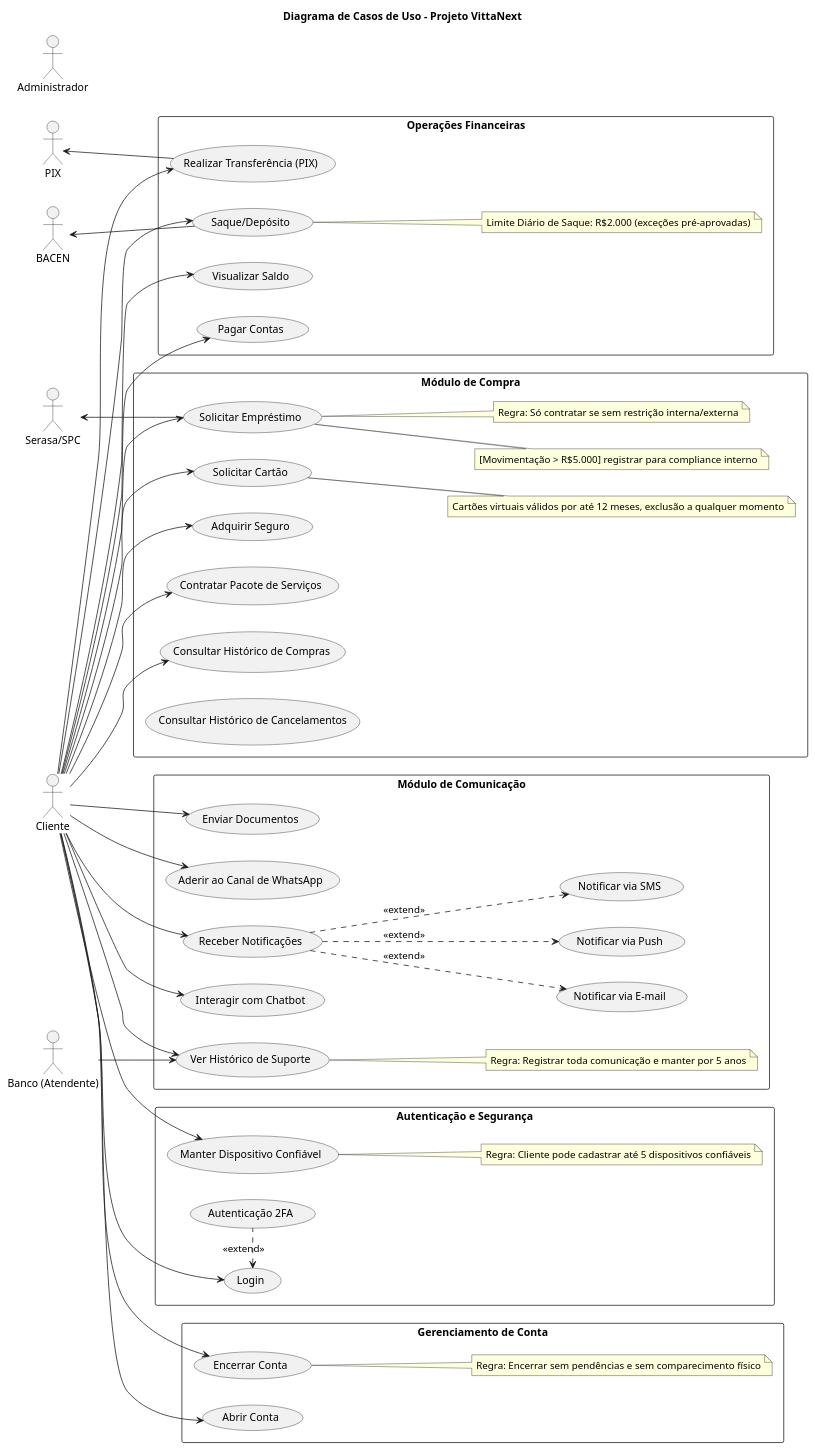
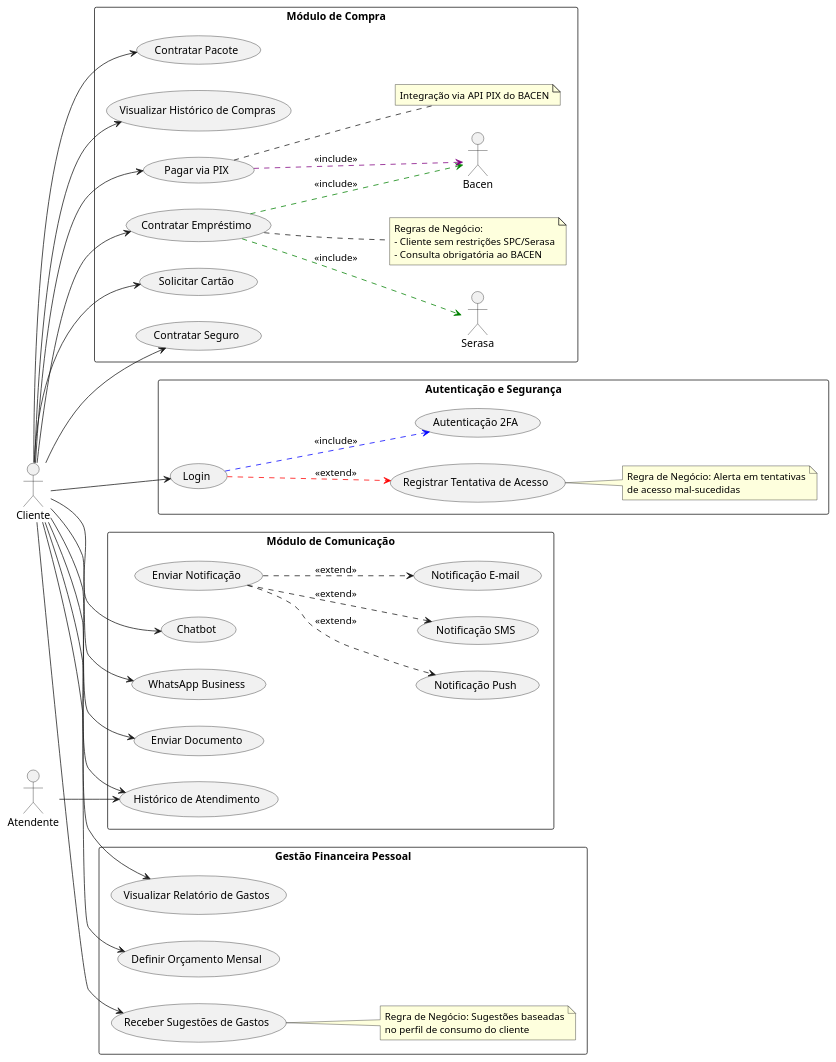
One commit to Jphn/vitta-next changed the diagram in casos-de-uso/index.puml. Above: the diagram before and after it, drawn with PlantUML.

Commit message:
atualizar casos de uso

```diff
--- a/casos-de-uso/index.puml
+++ b/casos-de-uso/index.puml
@@ -1,119 +1,92 @@
 @startuml
-title Diagrama de Casos de Uso - Projeto VittaNext
-
 left to right direction
 skinparam packageStyle rectangle
 
 actor Cliente
-actor Atendente as "Banco (Atendente)"
-actor Administrador
-actor Serasa as "Serasa/SPC"
-actor PIX
-actor BACEN
+actor Atendente
 
-package "Autenticação e Segurança" {
-  usecase "Login" as UC_Login
-  usecase "Autenticação 2FA" as UC_2FA
-  usecase "Manter Dispositivo Confiável" as UC_RegDisp
-
-
-  ' ' Alertas de segurança
-  ' usecase "Gerar Alerta de Login" as UC_AlertLogin
-  ' UC_Login .> UC_AlertLogin : <<extend>>
-  ' note right of UC_AlertLogin
-  '   Regra: A cada tentativa de login malsucedida, gerar alerta
-  ' end note
-  ' actor Sistema as "Monitor de Segurança"
-  ' Sistema --> UC_AlertLogin
-
-  Cliente --> UC_Login
-  UC_Login <. UC_2FA : <<extend>>
-  Cliente --> UC_RegDisp
-
-  note right of UC_RegDisp
-    Regra: Cliente pode cadastrar até 5 dispositivos confiáveis
-  end note
-}
-
-package "Gerenciamento de Conta" {
-  usecase "Abrir Conta" as UC_Abrir
-  usecase "Encerrar Conta" as UC_Encerrar
-  Cliente --> UC_Abrir
-  Cliente --> UC_Encerrar
-
-  note right of UC_Encerrar
-    Regra: Encerrar sem pendências e sem comparecimento físico
-  end note
-}
-
-package "Operações Financeiras" {
-  usecase "Visualizar Saldo" as UC_Saldo
-  usecase "Realizar Transferência (PIX)" as UC_Pix
-  usecase "Pagar Contas" as UC_Pagar
-  usecase "Saque/Depósito" as UC_Caixa
-  Cliente --> UC_Saldo
-  Cliente --> UC_Pix
-  Cliente --> UC_Pagar
-  Cliente --> UC_Caixa
-
-  PIX <-- UC_Pix
-  BACEN <-- UC_Caixa
-
-  note right of UC_Caixa
-    Limite Diário de Saque: R$2.000 (exceções pré-aprovadas)
-  end note
-}
-
+' Pacote: Módulo de Compra
 package "Módulo de Compra" {
-  usecase "Solicitar Empréstimo" as UC_Emprestimo
-  usecase "Solicitar Cartão" as UC_Cartao
-  usecase "Adquirir Seguro" as UC_Seguro
-  usecase "Contratar Pacote de Serviços" as UC_Pacote
-  usecase "Consultar Histórico de Compras" as UC_HistComp
-  usecase "Consultar Histórico de Cancelamentos" as UC_HistCanc
+  usecase "Contratar Empréstimo"             as UC_Emprestimo
+  usecase "Solicitar Cartão"                  as UC_Cartao
+  usecase "Contratar Seguro"                  as UC_Seguro
+  usecase "Contratar Pacote"                  as UC_Pacote
+  usecase "Visualizar Histórico de Compras"    as UC_HistCompras
+  usecase "Pagar via PIX"                     as UC_PIX
 
   Cliente --> UC_Emprestimo
   Cliente --> UC_Cartao
   Cliente --> UC_Seguro
   Cliente --> UC_Pacote
-  Cliente --> UC_HistComp
+  Cliente --> UC_HistCompras
+  Cliente --> UC_PIX
 
-  Serasa <-- UC_Emprestimo
+  UC_Emprestimo .[#green].> Serasa          : <<include>>
+  UC_Emprestimo .[#green].> Bacen           : <<include>>
+  note right of UC_Emprestimo
+    Regras de Negócio:
+    - Cliente sem restrições SPC/Serasa
+    - Consulta obrigatória ao BACEN
+  end note
 
-  note right of UC_Emprestimo
-    [Movimentação > R$5.000] registrar para compliance interno
-  end note
-  note right of UC_Emprestimo
-    Regra: Só contratar se sem restrição interna/externa
-  end note
-  note right of UC_Cartao
-    Cartões virtuais válidos por até 12 meses, exclusão a qualquer momento
+  UC_PIX .[#purple].> Bacen                   : <<include>>
+  note right of UC_PIX
+    Integração via API PIX do BACEN
   end note
 }
 
+' Pacote: Autenticação e Segurança
+package "Autenticação e Segurança" {
+  usecase "Login"                           as UC_Login
+  usecase "Autenticação 2FA"               as UC_2FA
+  usecase "Registrar Tentativa de Acesso"   as UC_RegistroAcesso
+
+  Cliente --> UC_Login
+  UC_Login .[#blue].> UC_2FA                 : <<include>>
+  UC_Login .[#red].> UC_RegistroAcesso       : <<extend>>
+  note right of UC_RegistroAcesso
+    Regra de Negócio: Alerta em tentativas
+    de acesso mal-sucedidas
+  end note
+}
+
+' Pacote: Módulo de Comunicação
 package "Módulo de Comunicação" {
-  usecase "Receber Notificações" as UC_Notif
-  usecase "Notificar via Push" as UC_Push
-  usecase "Notificar via SMS" as UC_SMS
-  usecase "Notificar via E-mail" as UC_Email
-  usecase "Interagir com Chatbot" as UC_Chatbot
-  usecase "Ver Histórico de Suporte" as UC_HistAtend
-  usecase "Enviar Documentos" as UC_EnvDoc
-  usecase "Aderir ao Canal de WhatsApp" as UC_Zap
+  usecase "Enviar Notificação"              as UC_Notif
+  usecase "Notificação Push"                as UC_Push
+  usecase "Notificação SMS"                 as UC_SMS
+  usecase "Notificação E-mail"              as UC_Email
+  usecase "Chatbot"                         as UC_Chatbot
+  usecase "WhatsApp Business"               as UC_Zap
+  usecase "Histórico de Atendimento"        as UC_HistAtend
+  usecase "Enviar Documento"                as UC_EnvDoc
 
-  Cliente --> UC_Notif
-  UC_Notif ..> UC_Push : <<extend>>
-  UC_Notif ..> UC_SMS  : <<extend>>
-  UC_Notif ..> UC_Email: <<extend>>
   Cliente --> UC_Chatbot
   Cliente --> UC_Zap
   Cliente --> UC_HistAtend
   Cliente --> UC_EnvDoc
+
+  UC_Notif ..> UC_Push                       : <<extend>>
+  UC_Notif ..> UC_SMS                        : <<extend>>
+  UC_Notif ..> UC_Email                      : <<extend>>
+
   Atendente --> UC_HistAtend
+}
 
-  note right of UC_HistAtend
-    Regra: Registrar toda comunicação e manter por 5 anos
+' Pacote: Gestão Financeira Pessoal
+package "Gestão Financeira Pessoal" {
+  usecase "Visualizar Relatório de Gastos"   as UC_RelGastos
+  usecase "Definir Orçamento Mensal"         as UC_OrcMensal
+  usecase "Receber Sugestões de Gastos"      as UC_Sugestao
+
+  Cliente --> UC_RelGastos
+  Cliente --> UC_OrcMensal
+  Cliente --> UC_Sugestao
+
+  note right of UC_Sugestao
+    Regra de Negócio: Sugestões baseadas
+    no perfil de consumo do cliente
   end note
 }
 
 @enduml
```
